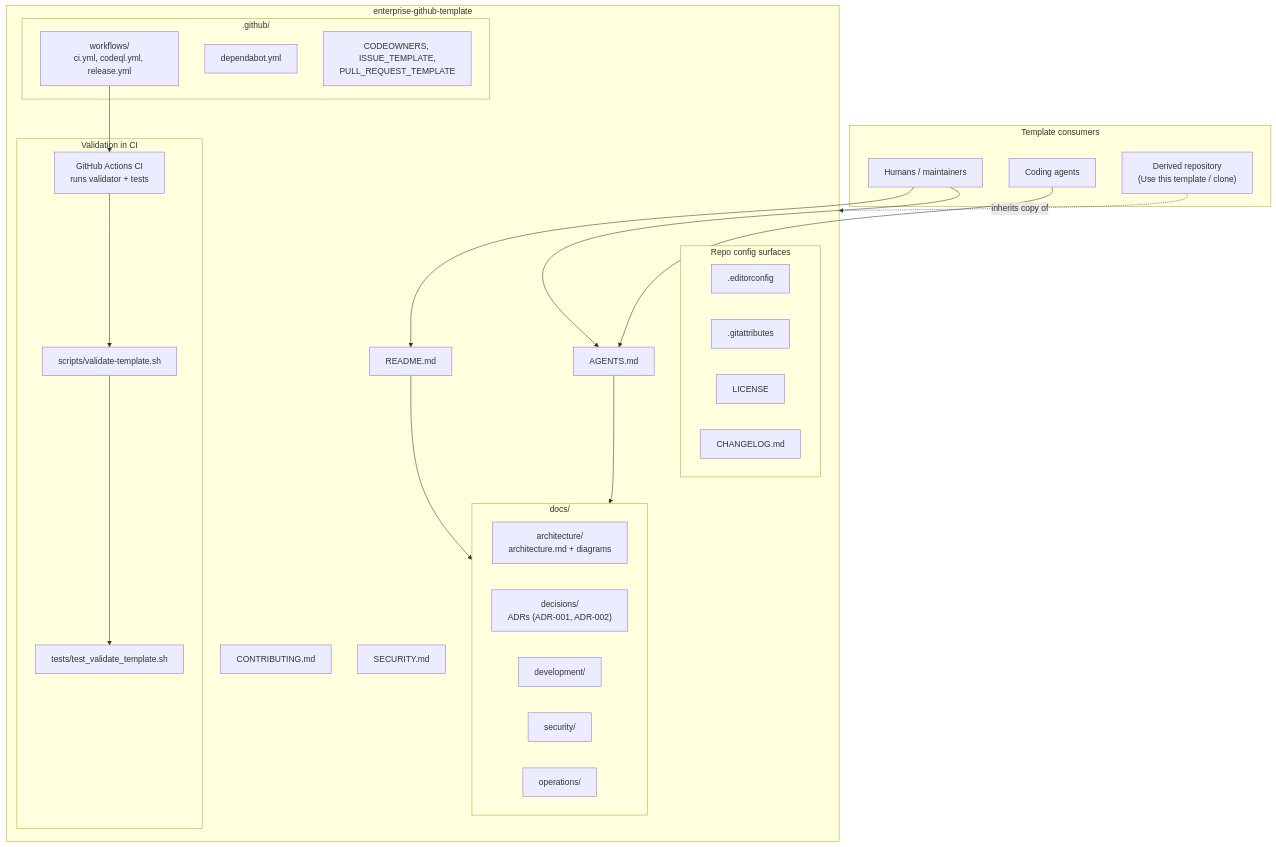
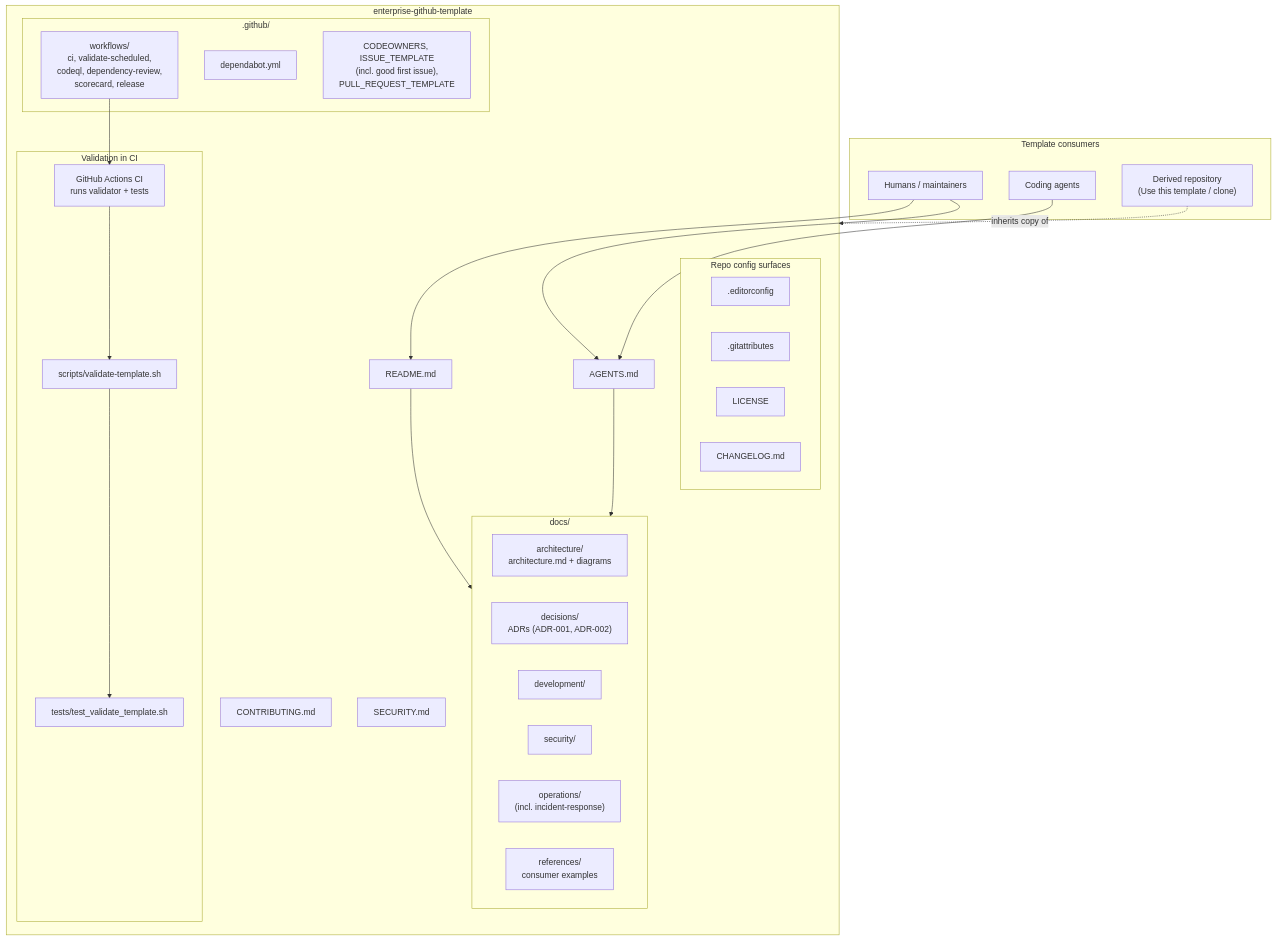
The diagram in docs/architecture/architecture-diagram.md (rmkr-dev/enterprise-github-template), drawn with Mermaid before and after one commit. The commit also changed other lines of this file and 1 other file, not shown here.

Commit message:
docs: sync architecture surfaces for weekly validate and IR
Reflect scheduled validation, incident-response, and references in the narrative and diagram.

````diff
--- a/docs/architecture/architecture-diagram.md
+++ b/docs/architecture/architecture-diagram.md
@@ -5,52 +5,53 @@
 ```mermaid
 flowchart TB
   subgraph consumers["Template consumers"]
     Human["Humans / maintainers"]
     Agents["Coding agents"]
     Derived["Derived repository<br/>(Use this template / clone)"]
   end
 
   subgraph template["enterprise-github-template"]
     README["README.md"]
     AGENTS["AGENTS.md"]
     Contrib["CONTRIBUTING.md"]
     SecRoot["SECURITY.md"]
 
     subgraph docs["docs/"]
       Arch["architecture/<br/>architecture.md + diagrams"]
       Dec["decisions/<br/>ADRs (ADR-001, ADR-002)"]
       Dev["development/"]
       Sec["security/"]
-      Ops["operations/"]
+      Ops["operations/<br/>(incl. incident-response)"]
+      Refs["references/<br/>consumer examples"]
     end
 
     subgraph github[".github/"]
-      WF["workflows/<br/>ci.yml, codeql.yml, release.yml"]
+      WF["workflows/<br/>ci, validate-scheduled,<br/>codeql, dependency-review,<br/>scorecard, release"]
       Dep["dependabot.yml"]
-      Hygiene["CODEOWNERS, ISSUE_TEMPLATE,<br/>PULL_REQUEST_TEMPLATE"]
+      Hygiene["CODEOWNERS, ISSUE_TEMPLATE<br/>(incl. good first issue),<br/>PULL_REQUEST_TEMPLATE"]
     end
 
     subgraph tooling["Validation in CI"]
       Script["scripts/validate-template.sh"]
       Tests["tests/test_validate_template.sh"]
       Actions["GitHub Actions CI<br/>runs validator + tests"]
     end
 
     subgraph config["Repo config surfaces"]
       Editor[".editorconfig"]
       GitAttr[".gitattributes"]
       License["LICENSE"]
       Changelog["CHANGELOG.md"]
     end
   end
 
   Human --> README
   Agents --> AGENTS
   Human --> AGENTS
   README --> docs
   AGENTS --> docs
   WF --> Actions
   Actions --> Script
   Script --> Tests
   Derived -.->|"inherits copy of"| template
 ```
````
